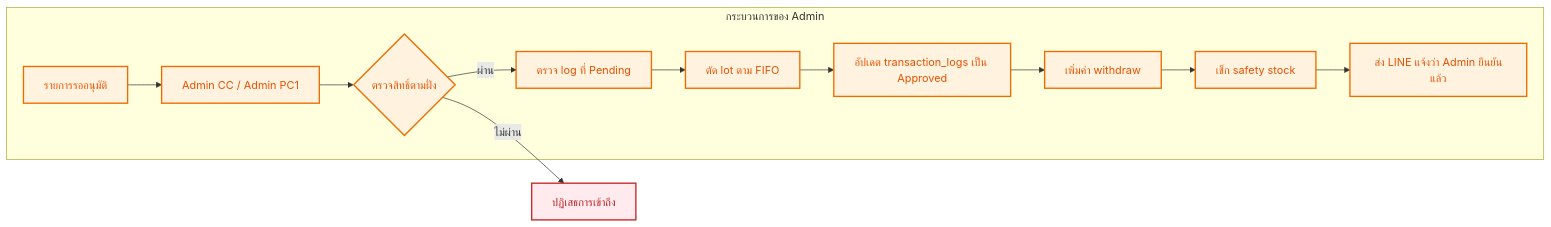
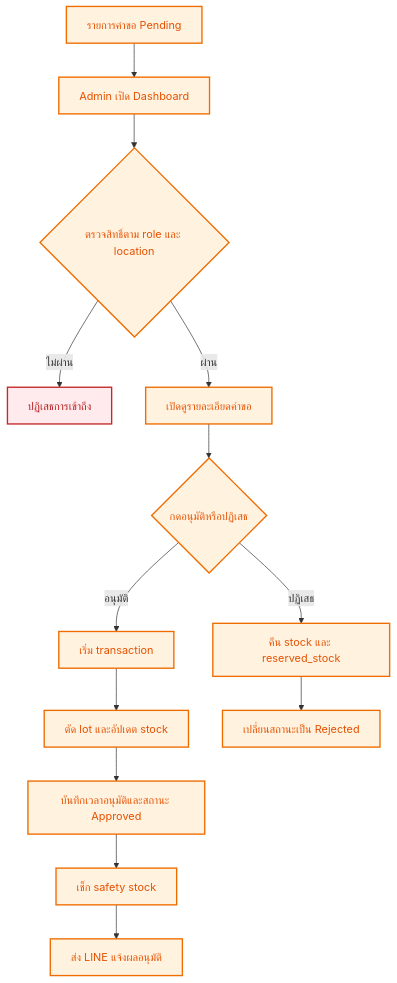
One commit to SATTARNEDS/Stock_PCM changed the fourth of 5 diagrams in my_factory_app/FLOW_DIAGRAM.md. Above: the diagram before and after it, drawn with Mermaid. The commit also changed other lines of this file and 4 other files, not shown here.

````diff
--- a/my_factory_app/FLOW_DIAGRAM.md
+++ b/my_factory_app/FLOW_DIAGRAM.md
@@ -216,25 +179,21 @@
 ```mermaid
-flowchart LR
-    subgraph ADMIN[กระบวนการของ Admin]
-        A[รายการรออนุมัติ]
-        B[Admin CC / Admin PC1]
-        C{ตรวจสิทธิ์ตามฝั่ง}
-        E[ตรวจ log ที่ Pending]
-        F[ตัด lot ตาม FIFO]
-        G[อัปเดต transaction_logs เป็น Approved]
-        H[เพิ่มค่า withdraw]
-        I[เช็ก safety stock]
-        J[ส่ง LINE แจ้งว่า Admin ยืนยันแล้ว]
-        A --> B --> C
-        C -- ผ่าน --> E --> F --> G --> H --> I --> J
-    end
-
-    D[ปฏิเสธการเข้าถึง]
-    C -- ไม่ผ่าน --> D
+flowchart TD
+    A[รายการคำขอ Pending] --> B[Admin เปิด Dashboard]
+    B --> C{ตรวจสิทธิ์ตาม role และ location}
+    C -->|ไม่ผ่าน| D[ปฏิเสธการเข้าถึง]
+    C -->|ผ่าน| E[เปิดดูรายละเอียดคำขอ]
+    E --> F{กดอนุมัติหรือปฏิเสธ}
+    F -->|อนุมัติ| G[เริ่ม transaction]
+    G --> H[ตัด lot และอัปเดต stock]
+    H --> I[บันทึกเวลาอนุมัติและสถานะ Approved]
+    I --> J[เช็ก safety stock]
+    J --> K[ส่ง LINE แจ้งผลอนุมัติ]
+    F -->|ปฏิเสธ| L[คืน stock และ reserved_stock]
+    L --> M[เปลี่ยนสถานะเป็น Rejected]
 
     classDef admin fill:#FFF3E0,stroke:#EF6C00,color:#E65100,stroke-width:2px;
     classDef reject fill:#FFEBEE,stroke:#C62828,color:#B71C1C,stroke-width:2px;
 
-    class A,B,C,E,F,G,H,I,J admin;
+    class A,B,C,E,F,G,H,I,J,K,L,M admin;
     class D reject;
 ```
````
